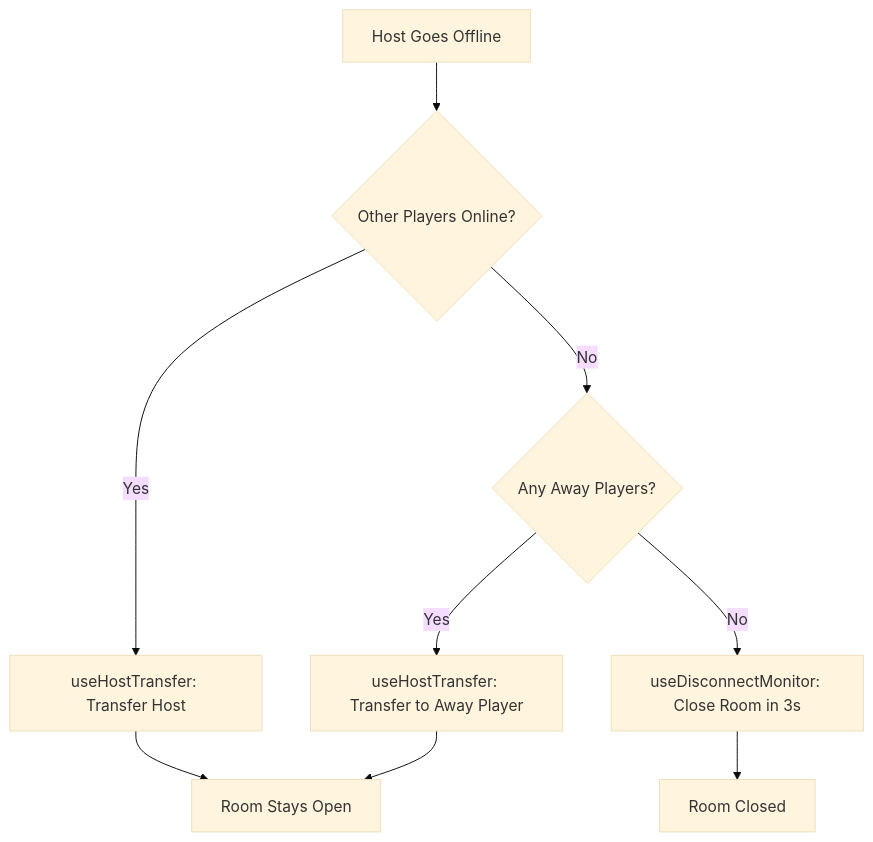
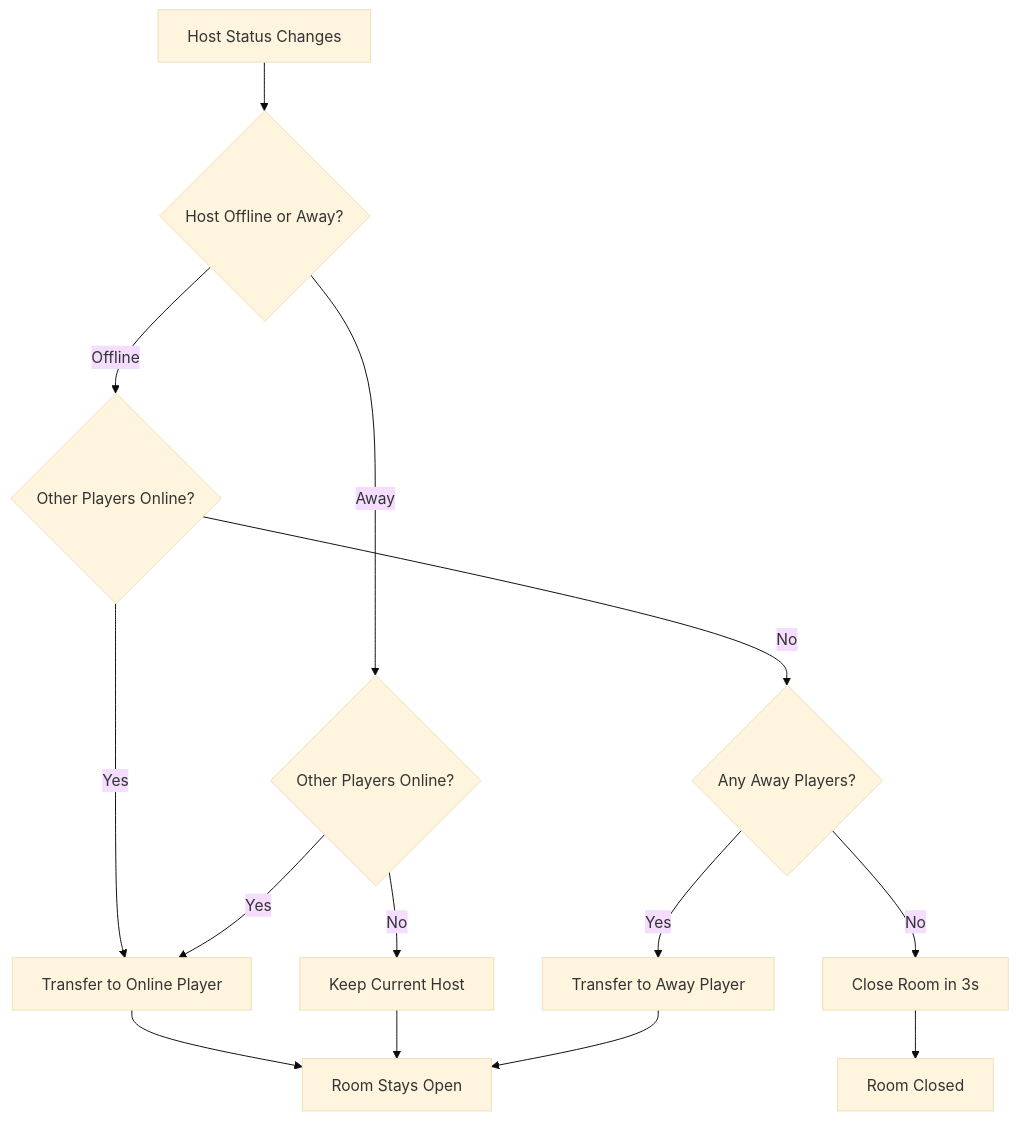
The diagram in HOST_TRANSFER_LOGIC.md (J06969/poc-rtdb), drawn with Mermaid (base theme) before and after one commit. The commit also changed other lines of this file and 1 other file, not shown here.

First line of the commit message:
Feature: Auto-transfer host when going away (to online players)

````diff
--- a/HOST_TRANSFER_LOGIC.md
+++ b/HOST_TRANSFER_LOGIC.md
@@ -94,11 +131,16 @@
 ```mermaid
 graph TD
-    A[Host Goes Offline] --> B{Other Players Online?}
-    B -->|Yes| C[useHostTransfer: Transfer Host]
-    B -->|No| D{Any Away Players?}
-    D -->|Yes| E[useHostTransfer: Transfer to Away Player]
-    D -->|No| F[useDisconnectMonitor: Close Room in 3s]
-    C --> G[Room Stays Open]
-    E --> G
-    F --> H[Room Closed]
+    A[Host Status Changes] --> B{Host Offline or Away?}
+    B -->|Offline| C{Other Players Online?}
+    B -->|Away| D{Other Players Online?}
+    C -->|Yes| E[Transfer to Online Player]
+    C -->|No| F{Any Away Players?}
+    D -->|Yes| E
+    D -->|No| G[Keep Current Host]
+    F -->|Yes| H[Transfer to Away Player]
+    F -->|No| I[Close Room in 3s]
+    E --> J[Room Stays Open]
+    G --> J
+    H --> J
+    I --> K[Room Closed]
 ```
````
